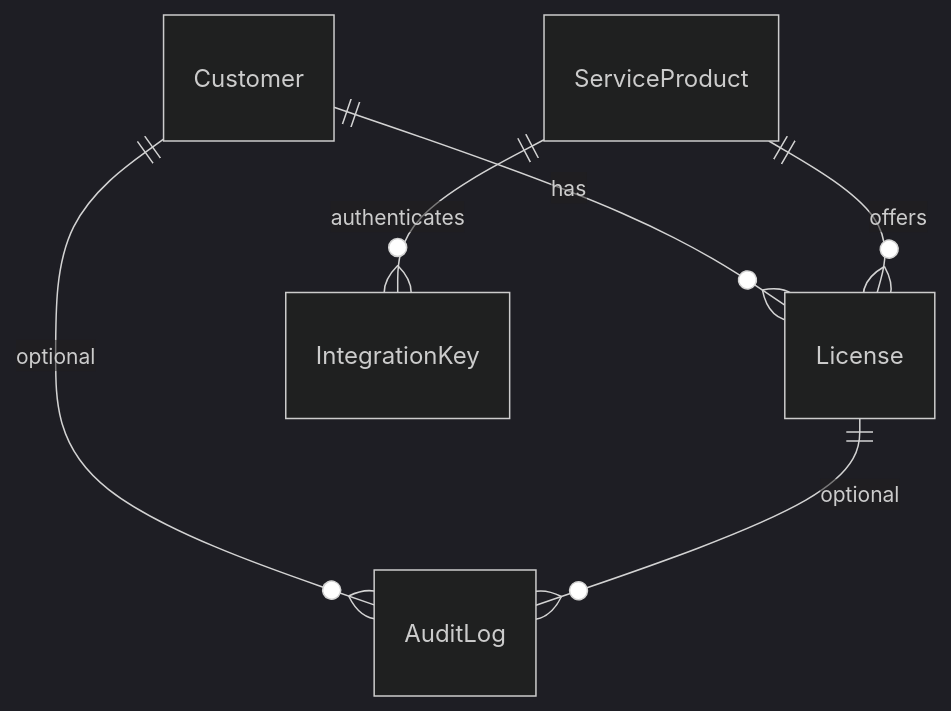
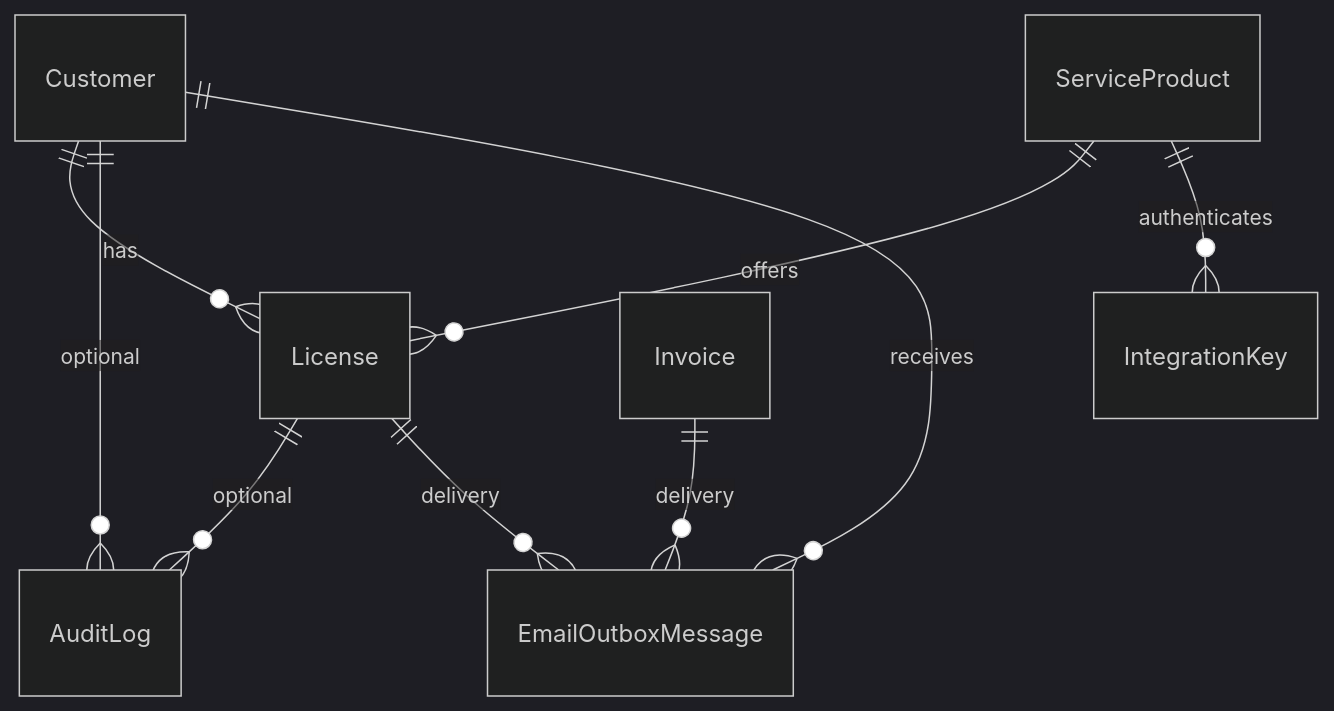
One commit to Helmut-Essien/platform changed the second of 3 diagrams in .cursor/skills/platform-license-hub/reference.md. Above: the diagram before and after it, drawn with Mermaid (dark theme). The commit also changed other lines of this file and 85 other files, not shown here.

````diff
--- a/.cursor/skills/platform-license-hub/reference.md
+++ b/.cursor/skills/platform-license-hub/reference.md
@@ -62,8 +62,11 @@
 ```mermaid
 erDiagram
     Customer ||--o{ License : has
     ServiceProduct ||--o{ License : offers
     ServiceProduct ||--o{ IntegrationKey : authenticates
     Customer ||--o{ AuditLog : optional
     License ||--o{ AuditLog : optional
+    Customer ||--o{ EmailOutboxMessage : receives
+    License ||--o{ EmailOutboxMessage : delivery
+    Invoice ||--o{ EmailOutboxMessage : delivery
 ```
````
